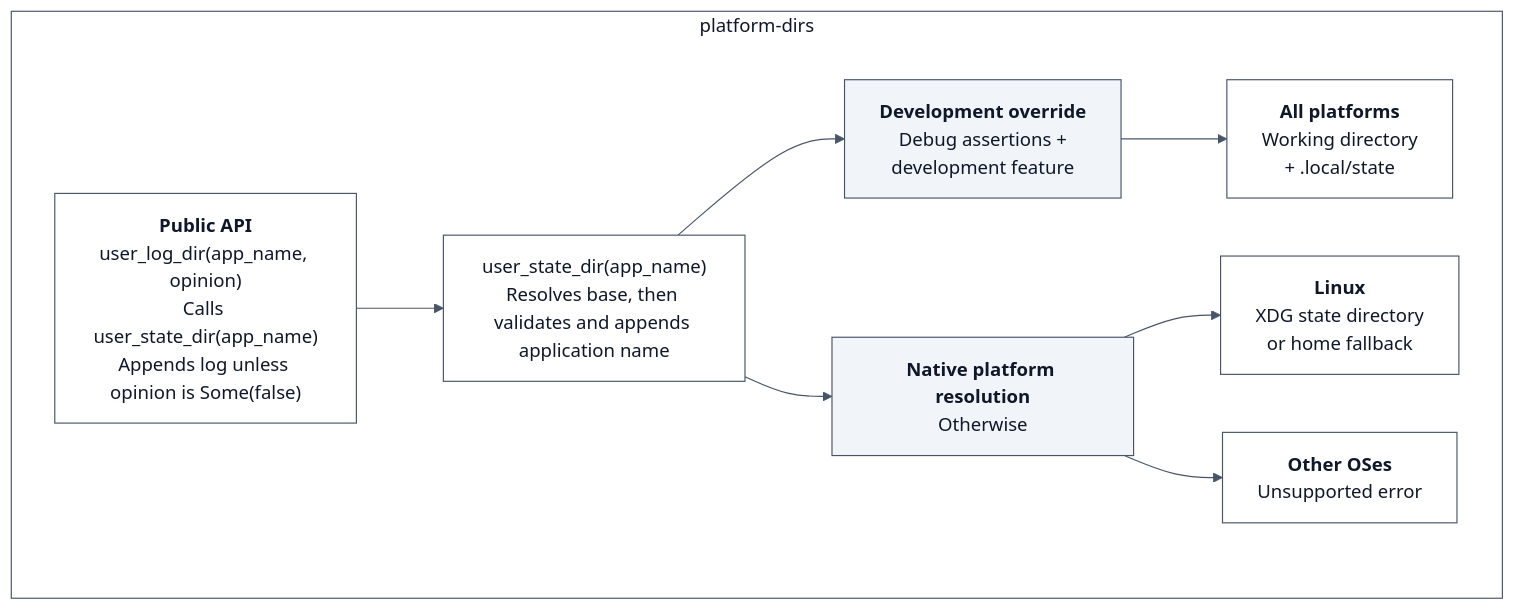
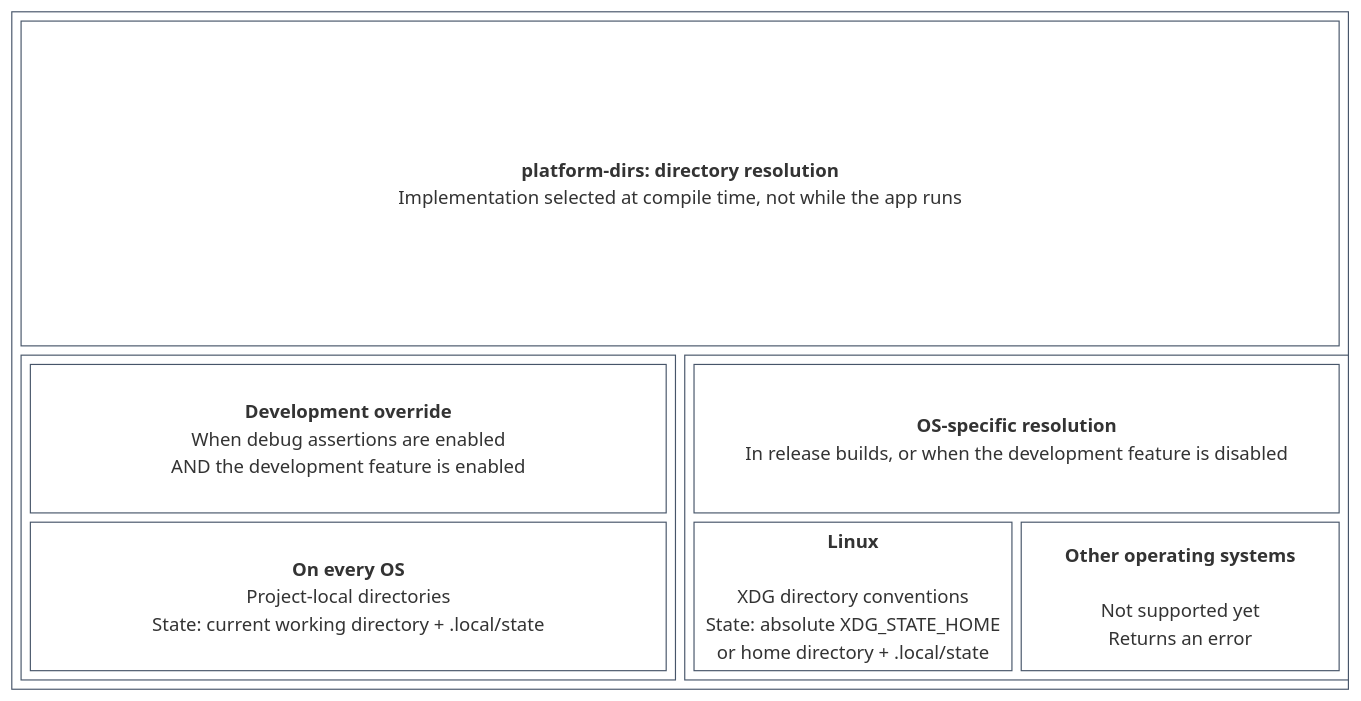
Before and after one commit to chessvaultdotapp/chessvault: the diagram in crates/platform-dirs/docs/architecture.mmd, drawn with Mermaid.

Commit message:
[platform-dirs][docs] Replace architecture flowchart with nested boxes

```diff
--- a/crates/platform-dirs/docs/architecture.mmd
+++ b/crates/platform-dirs/docs/architecture.mmd
@@ -1,23 +1,28 @@
-flowchart TB
-    subgraph package["platform-dirs"]
-        log_api["<b>Public API</b><br/>user_log_dir(app_name, opinion)<br/>Calls user_state_dir(app_name)<br/>Appends log unless opinion is Some(false)"]
-        state_api["user_state_dir(app_name)<br/>Resolves base, then validates and appends application name"]
-        development["<b>Development override</b><br/>Debug assertions +<br/>development feature"]
-        native["<b>Native platform resolution</b><br/>Otherwise"]
-        all_platforms["<b>All platforms</b><br/>Working directory<br/>+ .local/state"]
-        linux["<b>Linux</b><br/>XDG state directory<br/>or home fallback"]
-        other["<b>Other OSes</b><br/>Unsupported error"]
-
-        log_api --> state_api
-        state_api --> development
-        state_api --> native
-        development --> all_platforms
-        native --> linux
-        native --> other
+block-beta
+    columns 1
+    block:comptime
+        columns 2
+        title["<b>platform-dirs: directory resolution</b><br/>Implementation selected at compile time, not while the app runs"]:2
+        block:development
+            columns 1
+            development_title["<b>Development override</b><br/>When debug assertions are enabled<br/>AND the development feature is enabled"]
+            development_path["<b>On every OS</b><br/>Project-local directories<br/>State: current working directory + .local/state"]
+        end
+        block:native
+            columns 2
+            native_title["<b>OS-specific resolution</b><br/>In release builds, or when the development feature is disabled"]:2
+            linux["<b>Linux</b><br/><br/>XDG directory conventions<br/>State: absolute XDG_STATE_HOME<br/>or home directory + .local/state"]
+            other["<b>Other operating systems</b><br/><br/>Not supported yet<br/>Returns an error"]
+        end
     end
 
     classDef default fill:#ffffff,stroke:#475569,color:#0f172a
-    classDef selection fill:#f1f5f9,stroke:#475569,color:#0f172a
-    class development,native selection
-    style package fill:transparent,stroke:#475569,color:#0f172a
-    linkStyle default stroke:#475569
+    style title fill:transparent,stroke:none,color:#0f172a
+    style development_title fill:transparent,stroke:none,color:#0f172a
+    style native_title fill:transparent,stroke:none,color:#0f172a
+    style comptime fill:transparent,stroke:#475569,color:#0f172a
+    style development fill:transparent,stroke:#475569,color:#0f172a
+    style development_path fill:#dbeafe,stroke:#2563eb,color:#0f172a
+    style native fill:transparent,stroke:#475569,color:#0f172a
+    style linux fill:#ecfdf5,stroke:#059669,color:#0f172a
+    style other fill:#fff7ed,stroke:#ea580c,color:#0f172a
```
